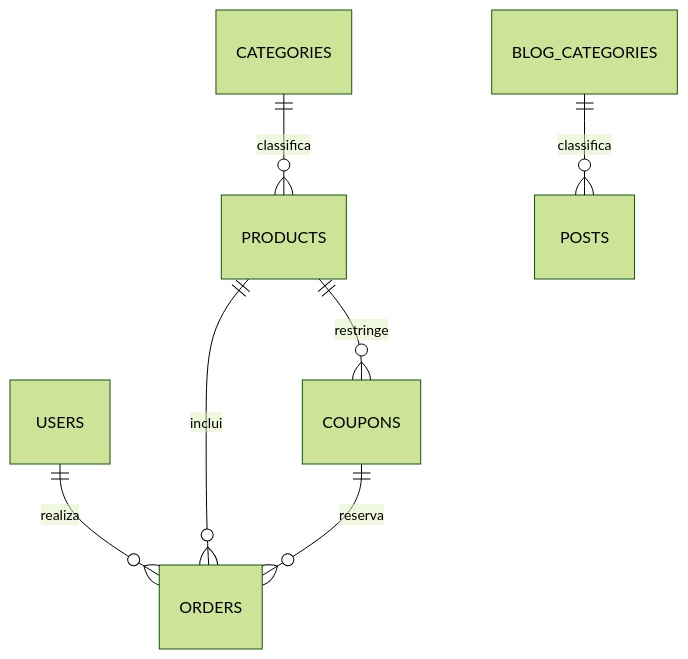
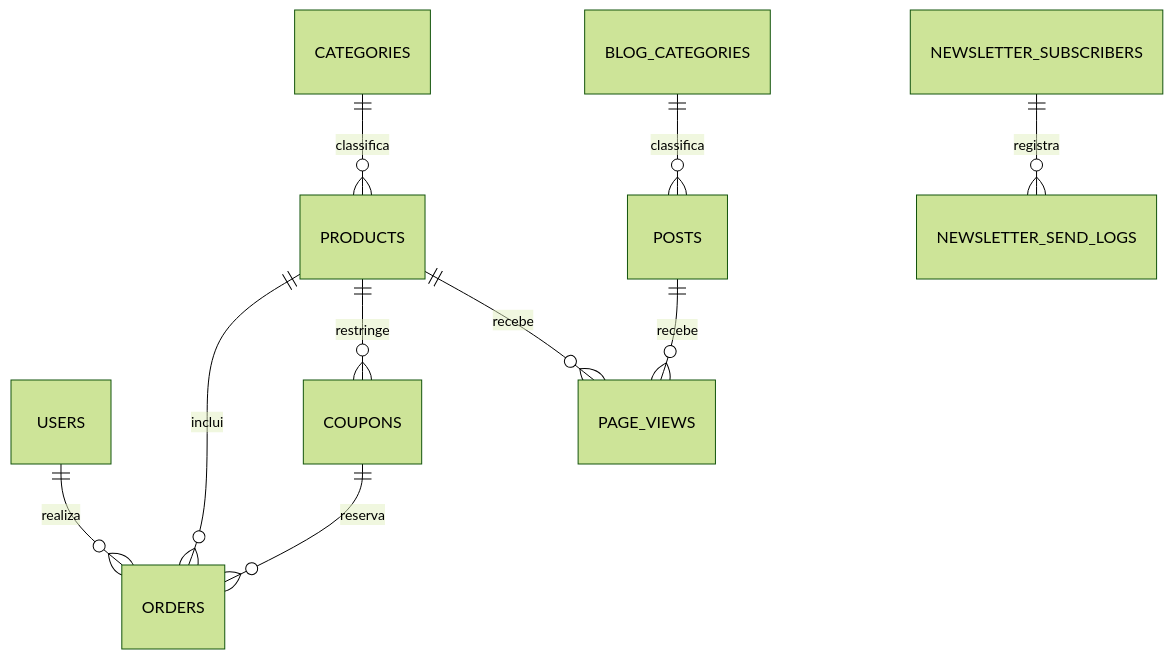
One commit to rayhenrique/kltecnologia-store changed the diagram in DATABASE-SCHEMA.md. Above: the diagram before and after it, drawn with Mermaid (forest theme). The commit also changed other lines of this file and 4 other files, not shown here.

Commit message:
refactor(checkout): desacoplar request do CheckoutService e sincronizar docs de schema e uploads

````diff
--- a/DATABASE-SCHEMA.md
+++ b/DATABASE-SCHEMA.md
@@ -7,9 +7,12 @@
 ```mermaid
 erDiagram
     USERS ||--o{ ORDERS : realiza
     PRODUCTS ||--o{ ORDERS : inclui
     CATEGORIES ||--o{ PRODUCTS : classifica
     COUPONS ||--o{ ORDERS : reserva
     PRODUCTS ||--o{ COUPONS : restringe
     BLOG_CATEGORIES ||--o{ POSTS : classifica
+    PRODUCTS ||--o{ PAGE_VIEWS : recebe
+    POSTS ||--o{ PAGE_VIEWS : recebe
+    NEWSLETTER_SUBSCRIBERS ||--o{ NEWSLETTER_SEND_LOGS : registra
 ```
````
